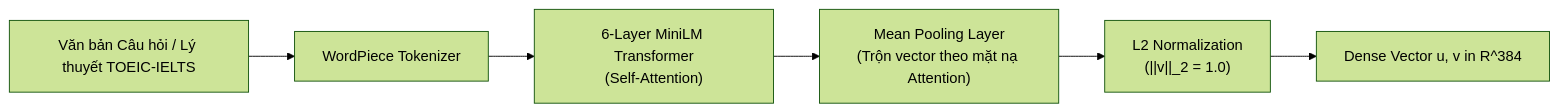
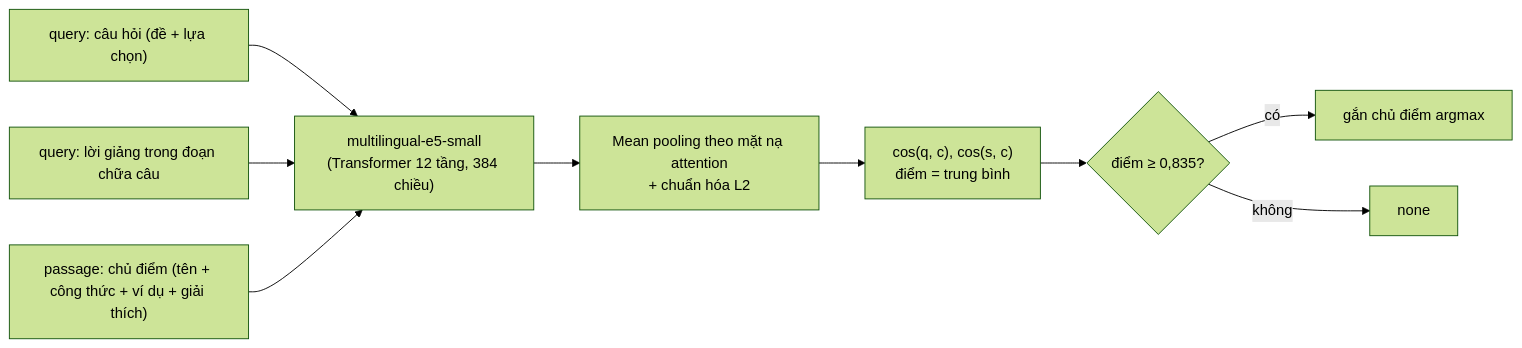
One commit to CelesEclipse/NLP501_edusync_mvp changed the diagram in docs/05_solution_dense_embeddings_guide.md. Above: the diagram before and after it, drawn with Mermaid (forest theme). The commit also changed other lines of this file and 30 other files, not shown here.

````diff
--- a/docs/05_solution_dense_embeddings_guide.md
+++ b/docs/05_solution_dense_embeddings_guide.md
@@ -33,8 +35,11 @@
 ```mermaid
 flowchart LR
-    Sentence["Văn bản Câu hỏi / Lý thuyết TOEIC-IELTS"] --> Tokenizer["WordPiece Tokenizer"]
-    Tokenizer --> Transformer["6-Layer MiniLM Transformer<br>(Self-Attention)"]
-    Transformer --> MeanPooling["Mean Pooling Layer<br>(Trộn vector theo mặt nạ Attention)"]
-    MeanPooling --> L2Norm["L2 Normalization<br>(||v||_2 = 1.0)"]
-    L2Norm --> Vector["Dense Vector u, v in R^384"]
+    Q["query: câu hỏi (đề + lựa chọn)"] --> E["multilingual-e5-small<br>(Transformer 12 tầng, 384 chiều)"]
+    S["query: lời giảng trong đoạn chữa câu"] --> E
+    C["passage: chủ điểm (tên + công thức + ví dụ + giải thích)"] --> E
+    E --> P["Mean pooling theo mặt nạ attention<br>+ chuẩn hóa L2"]
+    P --> COS["cos(q, c), cos(s, c)<br>điểm = trung bình"]
+    COS --> D{"điểm ≥ 0,835?"}
+    D -- có --> L["gắn chủ điểm argmax"]
+    D -- không --> N["none"]
 ```
````
